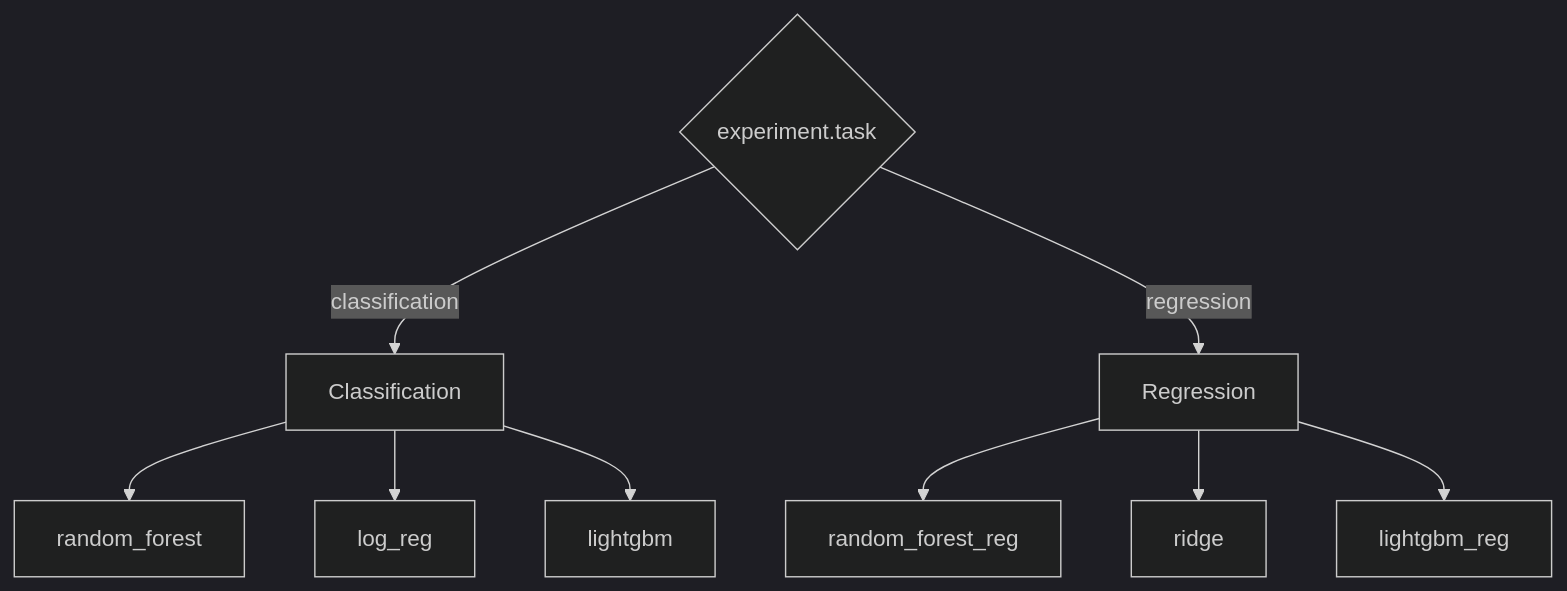
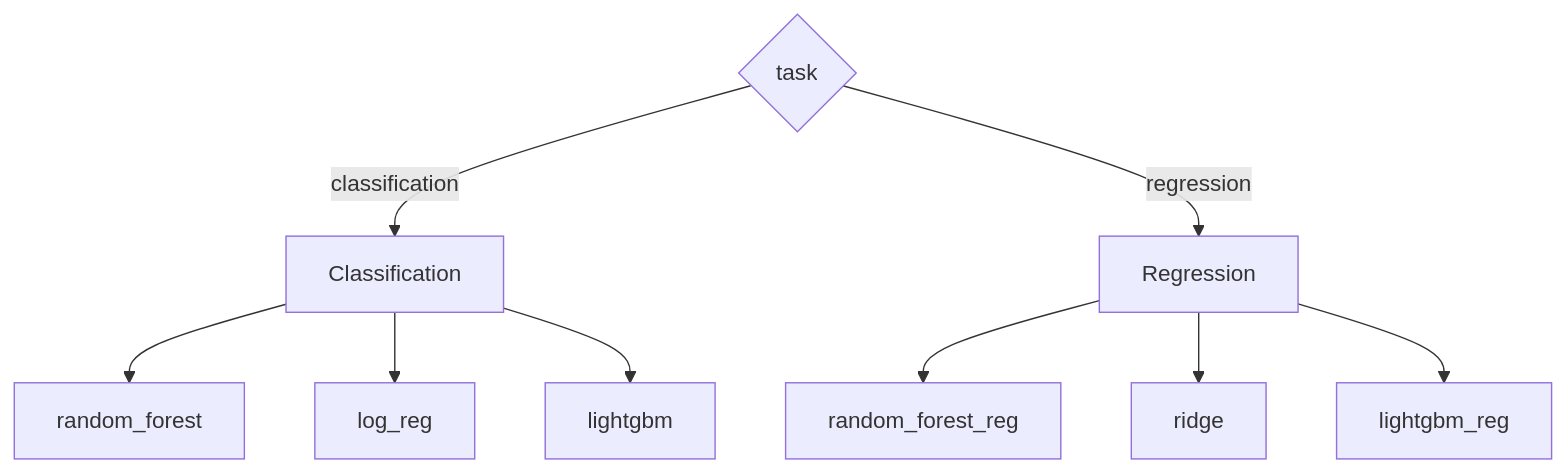
One commit to dineshram2004/intuit_assigment changed the third of 8 diagrams in README.md. Above: the diagram before and after it, drawn with Mermaid. The commit also changed other lines of this file and 6 other files, not shown here.

````diff
--- a/README.md
+++ b/README.md
@@ -118,22 +151,20 @@
 ```mermaid
-%%{init: {'theme': 'dark'}}%%
 flowchart TB
-    TASK{experiment.task}
-    CLF[Classification]
-    REG[Regression]
-    RF[random_forest]
-    LR[log_reg]
-    LGB[lightgbm]
-    RFR[random_forest_reg]
-    RDG[ridge]
-    LGBR[lightgbm_reg]
-
+    TASK{task}
+    CLF["Classification"]
+    REG["Regression"]
+    RF["random_forest"]
+    LR["log_reg"]
+    LGB["lightgbm"]
+    RFR["random_forest_reg"]
+    RDG["ridge"]
+    LGBR["lightgbm_reg"]
     TASK -->|classification| CLF
     TASK -->|regression| REG
     CLF --> RF
     CLF --> LR
     CLF --> LGB
     REG --> RFR
     REG --> RDG
     REG --> LGBR
 ```
````
